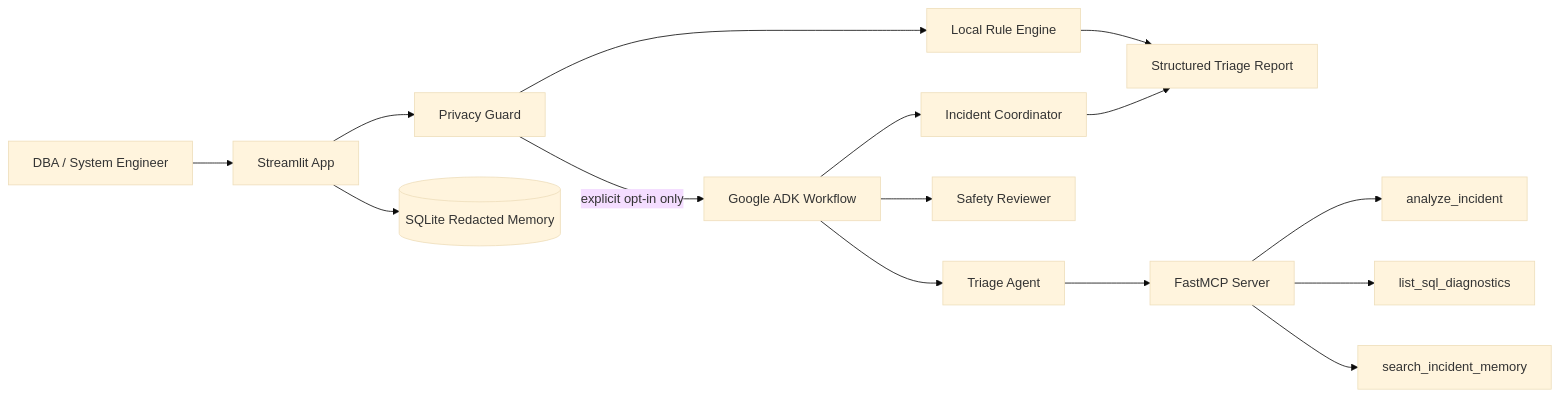
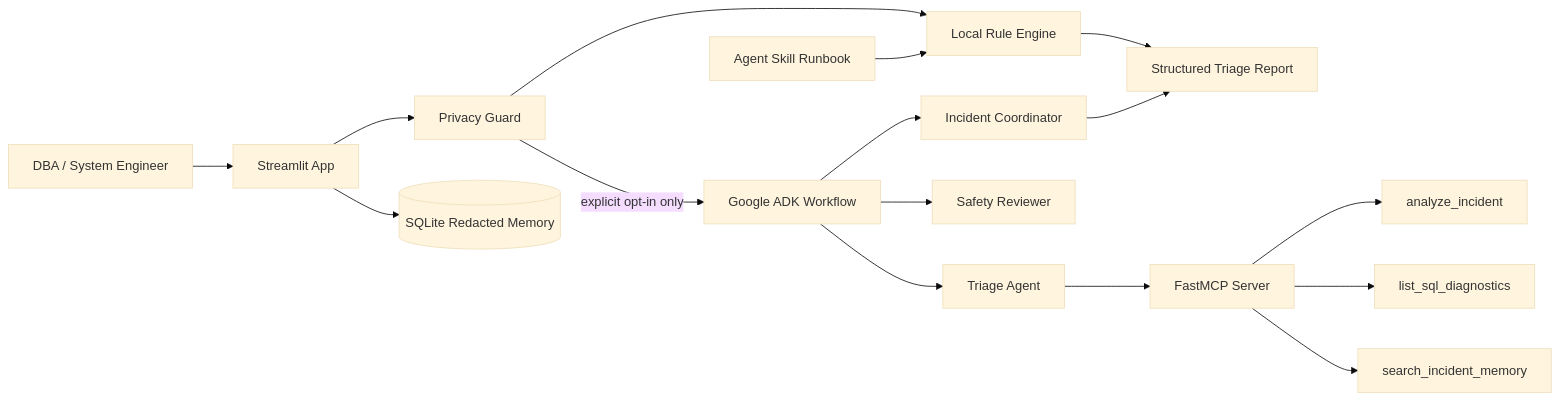
Before and after one commit to artongerguri/SQL-Server-Incident-Triage-Agent: the diagram in docs/ARCHITECTURE.md, drawn with Mermaid (base theme). The commit also changed other lines of this file and 26 other files, not shown here.

````diff
--- a/docs/ARCHITECTURE.md
+++ b/docs/ARCHITECTURE.md
@@ -10,17 +10,18 @@
 ```mermaid
 flowchart LR
     U[DBA / System Engineer] --> UI[Streamlit App]
     UI --> P[Privacy Guard]
     P --> R[Local Rule Engine]
+    SK[Agent Skill Runbook] --> R
     R --> REP[Structured Triage Report]
     P -->|explicit opt-in only| ADK[Google ADK Workflow]
     ADK --> A1[Triage Agent]
     A1 --> MCP[FastMCP Server]
     MCP --> T1[analyze_incident]
     MCP --> T2[list_sql_diagnostics]
     MCP --> T3[search_incident_memory]
     ADK --> A2[Safety Reviewer]
     ADK --> A3[Incident Coordinator]
     A3 --> REP
     UI --> MEM[(SQLite Redacted Memory)]
 ```
````
